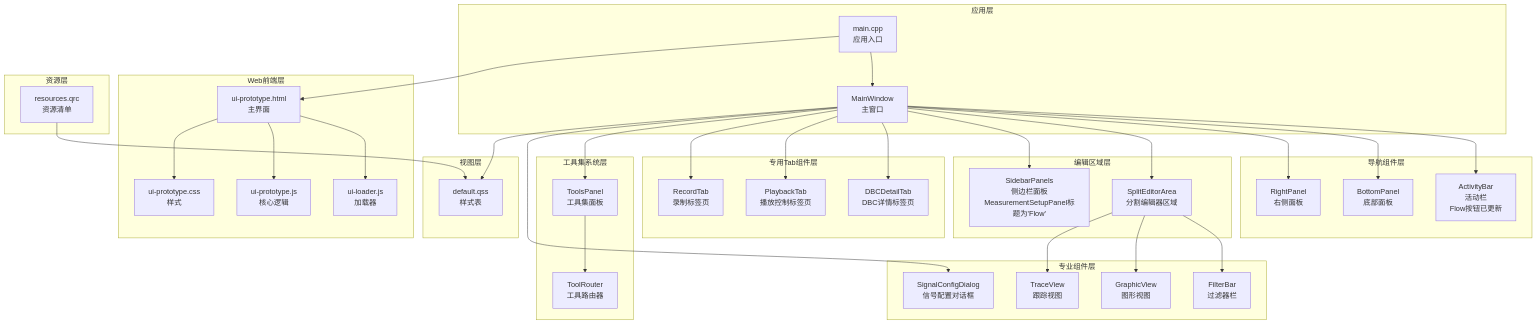
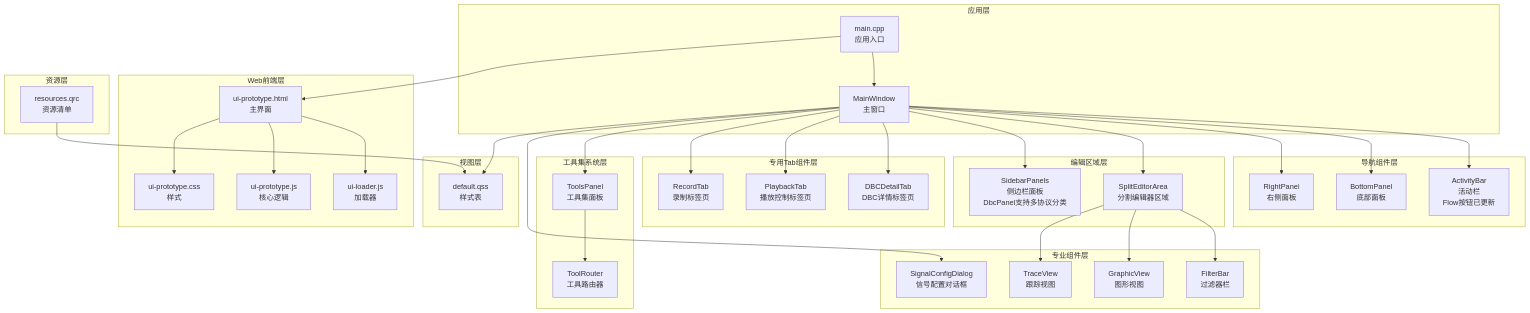
Before and after one commit to jakecai1225-design/OpenBus: the second of 20 diagrams in .qoder/repowiki/zh/content/架构设计/UI系统设计/UI系统设计.md, drawn with Mermaid. The commit also changed other lines of this file and 223 other files, not shown here.

````diff
--- a/.qoder/repowiki/zh/content/架构设计/UI系统设计/UI系统设计.md
+++ b/.qoder/repowiki/zh/content/架构设计/UI系统设计/UI系统设计.md
@@ -152,64 +153,64 @@
 ```mermaid
 graph TB
 subgraph "应用层"
 M["main.cpp<br/>应用入口"]
 MW["MainWindow<br/>主窗口"]
 end
 subgraph "Web前端层"
 WPH["ui-prototype.html<br/>主界面"]
 WL["ui-loader.js<br/>加载器"]
 WP["ui-prototype.js<br/>核心逻辑"]
 WC["ui-prototype.css<br/>样式"]
 end
 subgraph "导航组件层"
 AB["ActivityBar<br/>活动栏<br/>Flow按钮已更新"]
 BP["BottomPanel<br/>底部面板"]
 RP["RightPanel<br/>右侧面板"]
 end
 subgraph "编辑区域层"
 SEA["SplitEditorArea<br/>分割编辑器区域"]
-SBP["SidebarPanels<br/>侧边栏面板<br/>MeasurementSetupPanel标题为'Flow'"]
+SBP["SidebarPanels<br/>侧边栏面板<br/>DbcPanel支持多协议分类"]
 end
 subgraph "专用Tab组件层"
 DBCT["DBCDetailTab<br/>DBC详情标签页"]
 PB["PlaybackTab<br/>播放控制标签页"]
 RT["RecordTab<br/>录制标签页"]
 end
 subgraph "工具集系统层"
 TP["ToolsPanel<br/>工具集面板"]
 TR["ToolRouter<br/>工具路由器"]
 end
 subgraph "专业组件层"
 FB["FilterBar<br/>过滤器栏"]
 GV["GraphicView<br/>图形视图"]
 TV["TraceView<br/>跟踪视图"]
 SCD["SignalConfigDialog<br/>信号配置对话框"]
 end
 subgraph "视图层"
 QSS["default.qss<br/>样式表"]
 end
 subgraph "资源层"
 QRC["resources.qrc<br/>资源清单"]
 end
 M --> MW
 M --> WPH
 WPH --> WL
 WPH --> WP
 WPH --> WC
 MW --> AB
 MW --> BP
 MW --> RP
 MW --> SEA
 MW --> SBP
 MW --> DBCT
 MW --> PB
 MW --> RT
 MW --> TP
 SEA --> FB
 SEA --> GV
 SEA --> TV
 MW --> SCD
 MW --> QSS
 QRC --> QSS
 TP --> TR
 ```
````
